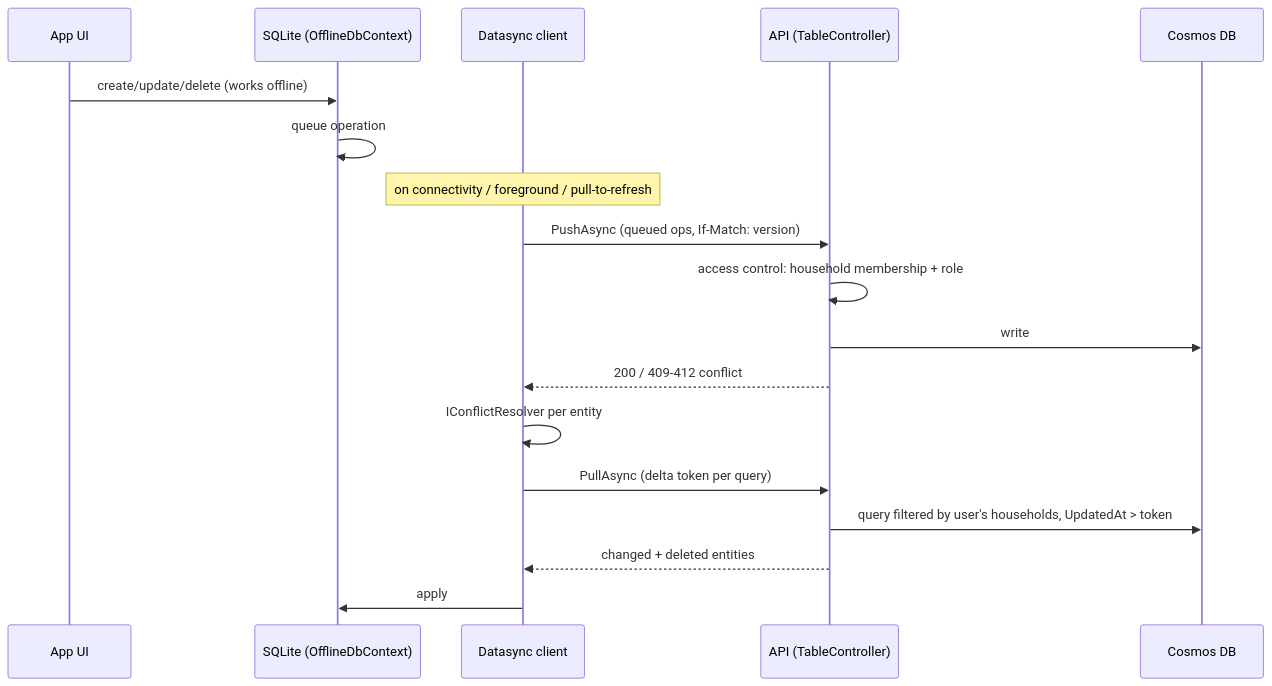
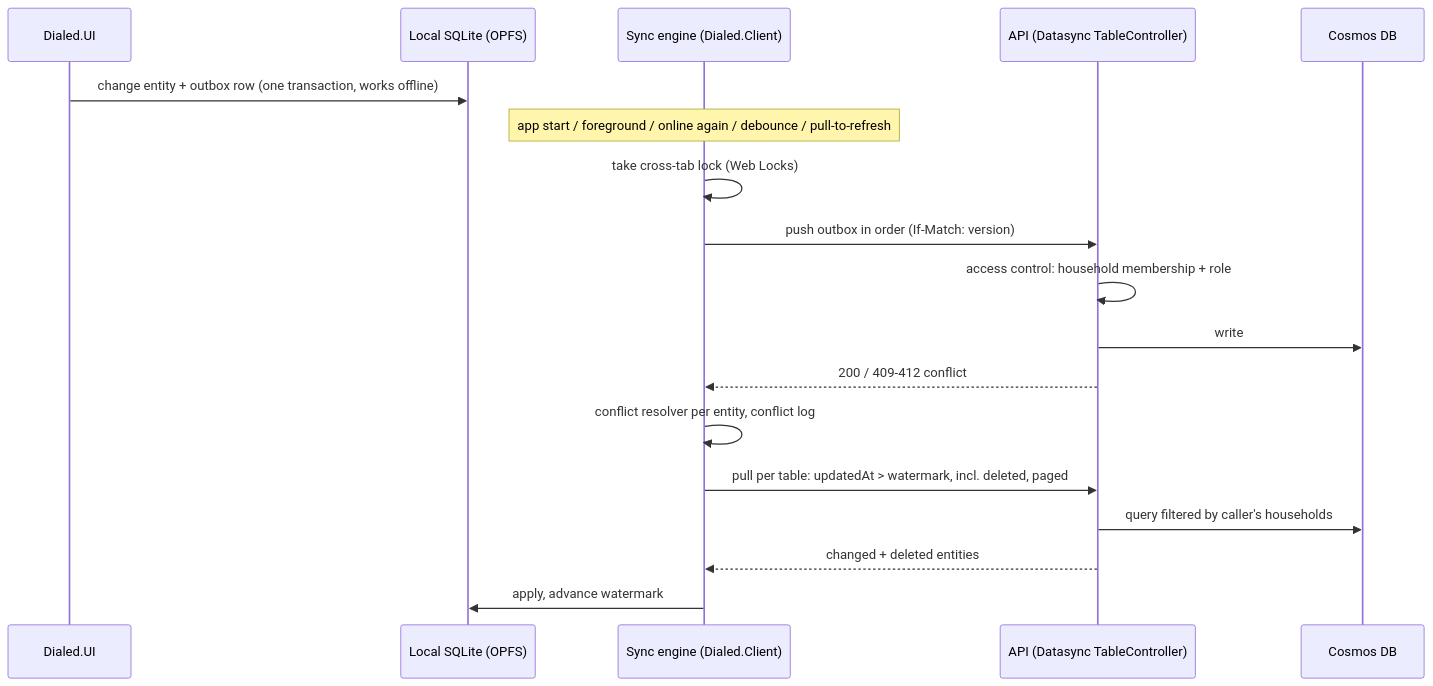
The second of 4 diagrams in docs/architecture.md (thopdev/Dialed), drawn with Mermaid before and after one commit. The commit also changed other lines of this file and 14 other files, not shown here.

First line of the commit message:
docs: switch client to a Blazor PWA (no Mac), passkeys and own sync

````diff
--- a/docs/architecture.md
+++ b/docs/architecture.md
@@ -94,20 +105,20 @@
 ```mermaid
 sequenceDiagram
-  participant UI as App UI
-  participant L as SQLite (OfflineDbContext)
-  participant S as Datasync client
-  participant A as API (TableController)
+  participant UI as Dialed.UI
+  participant L as Local SQLite (OPFS)
+  participant S as Sync engine (Dialed.Client)
+  participant A as API (Datasync TableController)
   participant C as Cosmos DB
-  UI->>L: create/update/delete (works offline)
-  L->>L: queue operation
-  Note over S: on connectivity / foreground / pull-to-refresh
-  S->>A: PushAsync (queued ops, If-Match: version)
+  UI->>L: change entity + outbox row (one transaction, works offline)
+  Note over S: app start / foreground / online again / debounce / pull-to-refresh
+  S->>S: take cross-tab lock (Web Locks)
+  S->>A: push outbox in order (If-Match: version)
   A->>A: access control: household membership + role
   A->>C: write
   A-->>S: 200 / 409-412 conflict
-  S->>S: IConflictResolver per entity
-  S->>A: PullAsync (delta token per query)
-  A->>C: query filtered by user's households, UpdatedAt > token
+  S->>S: conflict resolver per entity, conflict log
+  S->>A: pull per table: updatedAt > watermark, incl. deleted, paged
+  A->>C: query filtered by caller's households
   A-->>S: changed + deleted entities
-  S->>L: apply
+  S->>L: apply, advance watermark
 ```
````
